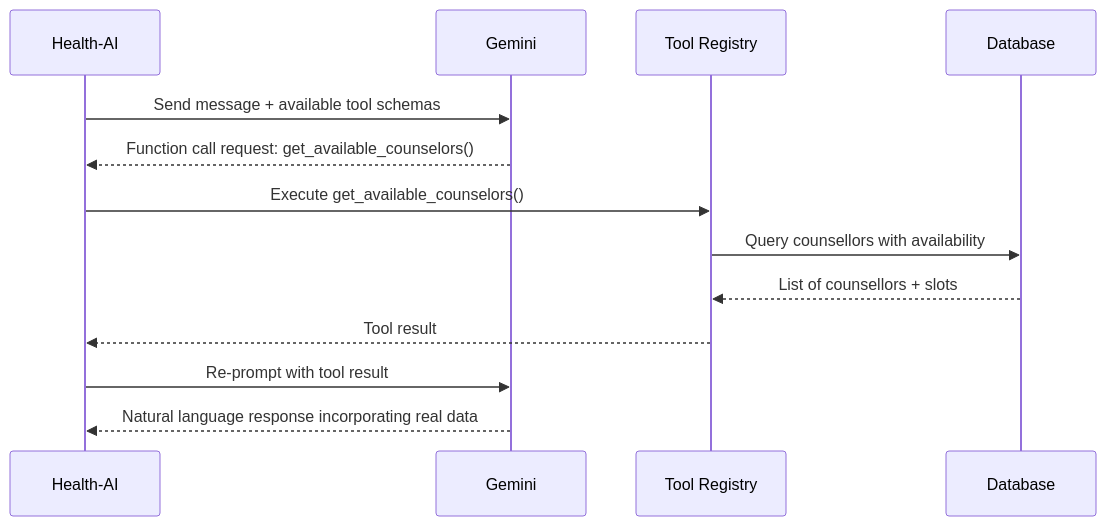
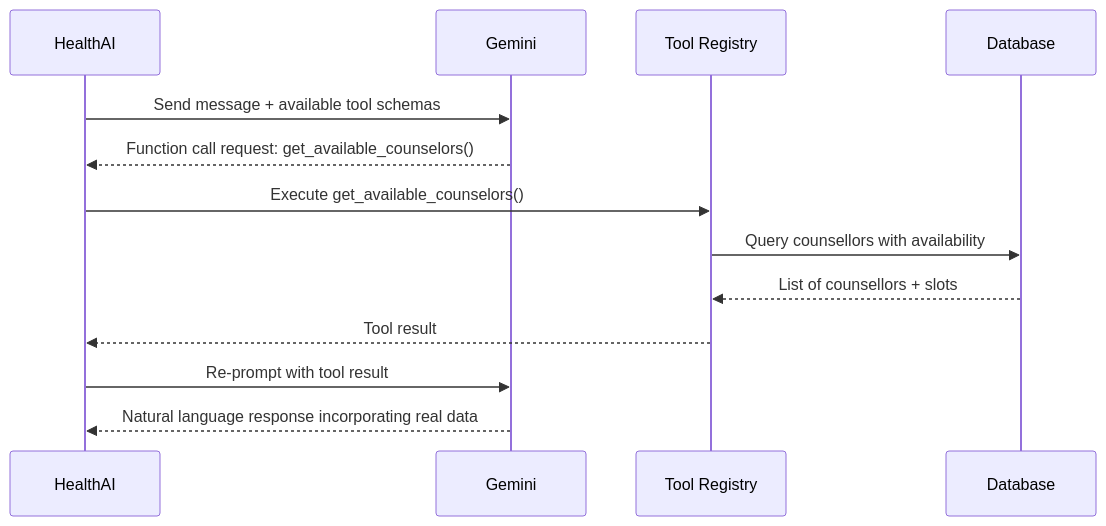
The diagram in docs-site/docs/architecture/meta-agent-health-ai.md (lombeytjhtt96-glitch/Health-AICare), drawn with Mermaid before and after one commit. The commit also changed other lines of this file and 255 other files, not shown here.

````diff
--- a/docs-site/docs/architecture/meta-agent-health-ai.md
+++ b/docs-site/docs/architecture/meta-agent-health-ai.md
@@ -74,16 +74,16 @@
 ```mermaid
 sequenceDiagram
- participant HEALTH_AI as Health-AI
+ participant HEALTH_AI as HealthAI
  participant GEM as Gemini
  participant TOOL as Tool Registry
  participant DB as Database
 
  HEALTH_AI->>GEM: Send message + available tool schemas
  GEM-->>HEALTH_AI: Function call request: get_available_counselors()
  HEALTH_AI->>TOOL: Execute get_available_counselors()
  TOOL->>DB: Query counsellors with availability
  DB-->>TOOL: List of counsellors + slots
  TOOL-->>HEALTH_AI: Tool result
  HEALTH_AI->>GEM: Re-prompt with tool result
  GEM-->>HEALTH_AI: Natural language response incorporating real data
 ```
````
